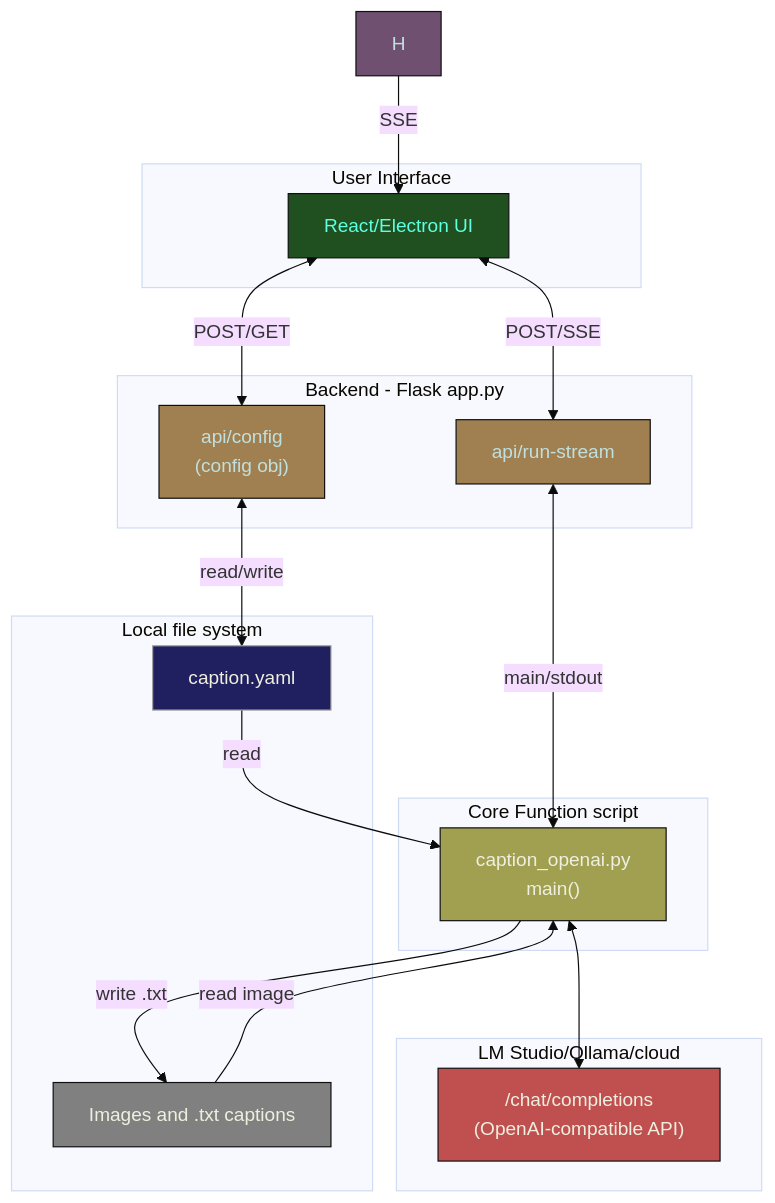
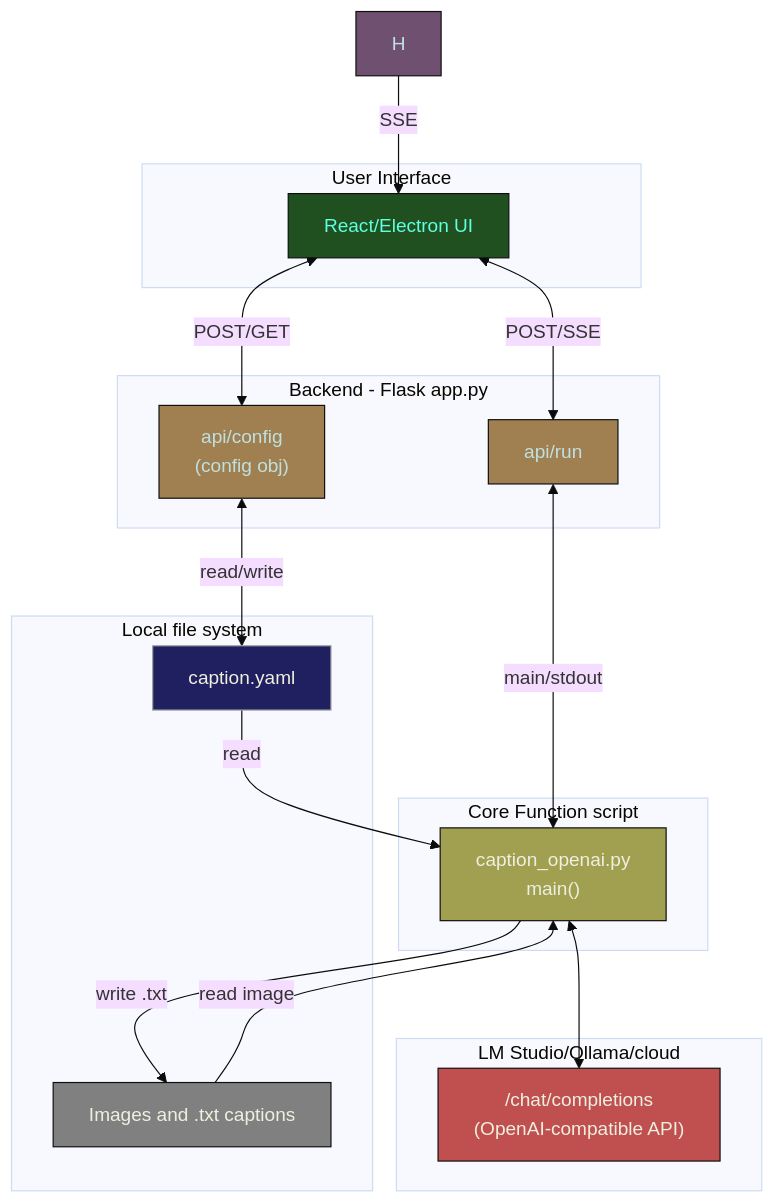
The diagram in DEV.MD (victorchall/vlm-caption), drawn with Mermaid (base theme) before and after one commit. The commit also changed 8 other files, not shown here.

````diff
--- a/DEV.MD
+++ b/DEV.MD
@@ -47,43 +47,43 @@
 ```mermaid
 graph TD
     subgraph "User Interface"
         A[React/Electron UI]
     end
 
     subgraph "Backend - Flask app.py"
         B["api/config<br>(config obj)"]
-        C["api/run-stream<br>"]
+        C["api/run<br>"]
     end
 
     subgraph "Core Function script"
         D["caption_openai.py<br> main()"]
     end
 
     subgraph "Local file system"
         E["caption.yaml"]
         G[Images and .txt captions]
     end
 
     subgraph "LM Studio/Ollama/cloud"
         F["/chat/completions<br> (OpenAI-compatible API)"]
     end
 
     A <-- "POST/SSE" --> C
     A <-- "POST/GET" --> B
     H -- "SSE" --> A
     C <-- "main/stdout" --> D
     B <-- "read/write" --> E
     D <--> F
     E -- "read" --> D
     G -- "read image" --> D
     D -- "write .txt" --> G
 
     style A color:#5FFFE0, fill:#205020, stroke:#0F0F0F
     style B color:#C0E0E0, fill:#A08050, stroke:#0F0F0F
     style C color:#C0E0E0, fill:#A08050, stroke:#0F0F0F
     style D color:#EFEFE0, fill:#A0A050, stroke:#0F0F0F
     style E color:#EFEFE0, fill:#202060, stroke:#A0A0A0
     style F color:#EFEFE0, fill:#C05050, stroke:#0F0F0F
     style G color:#EFEFE0, fill:#808080, stroke:#0F0F0F
     style H color:#C0E0E0, fill:#705070, stroke:#0F0F0F
 ```
````
